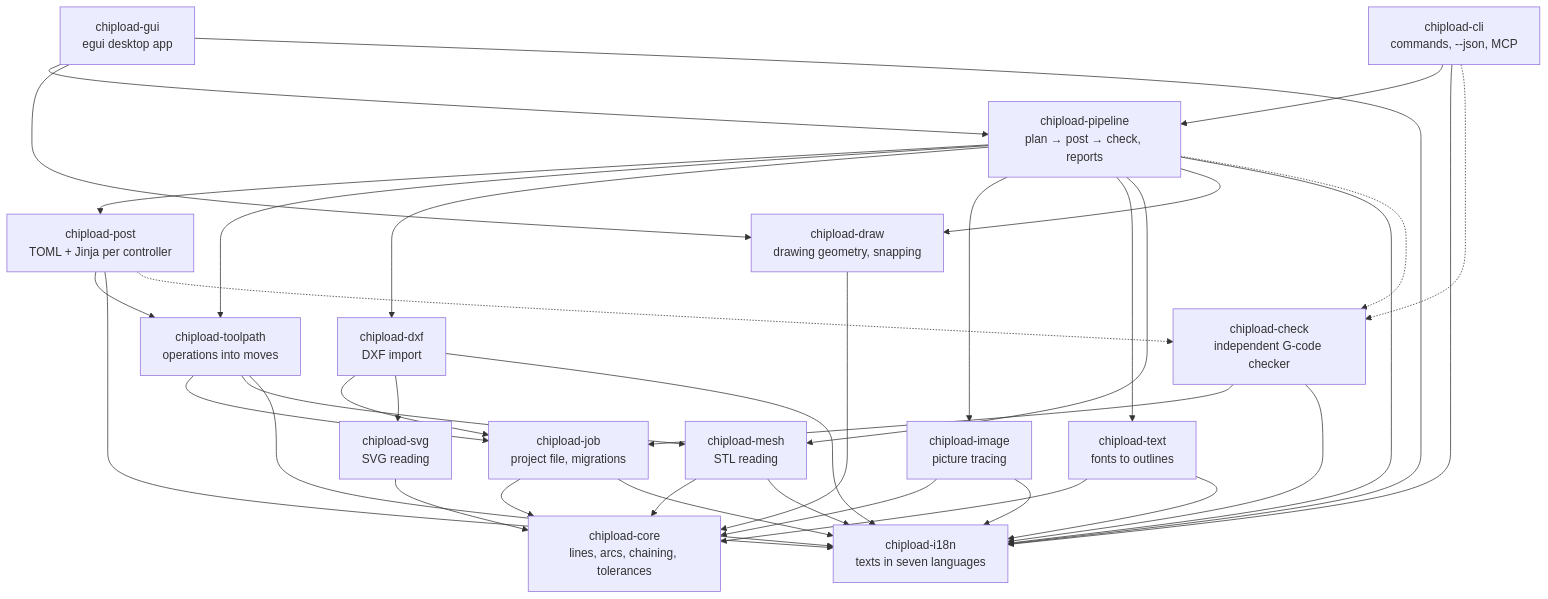
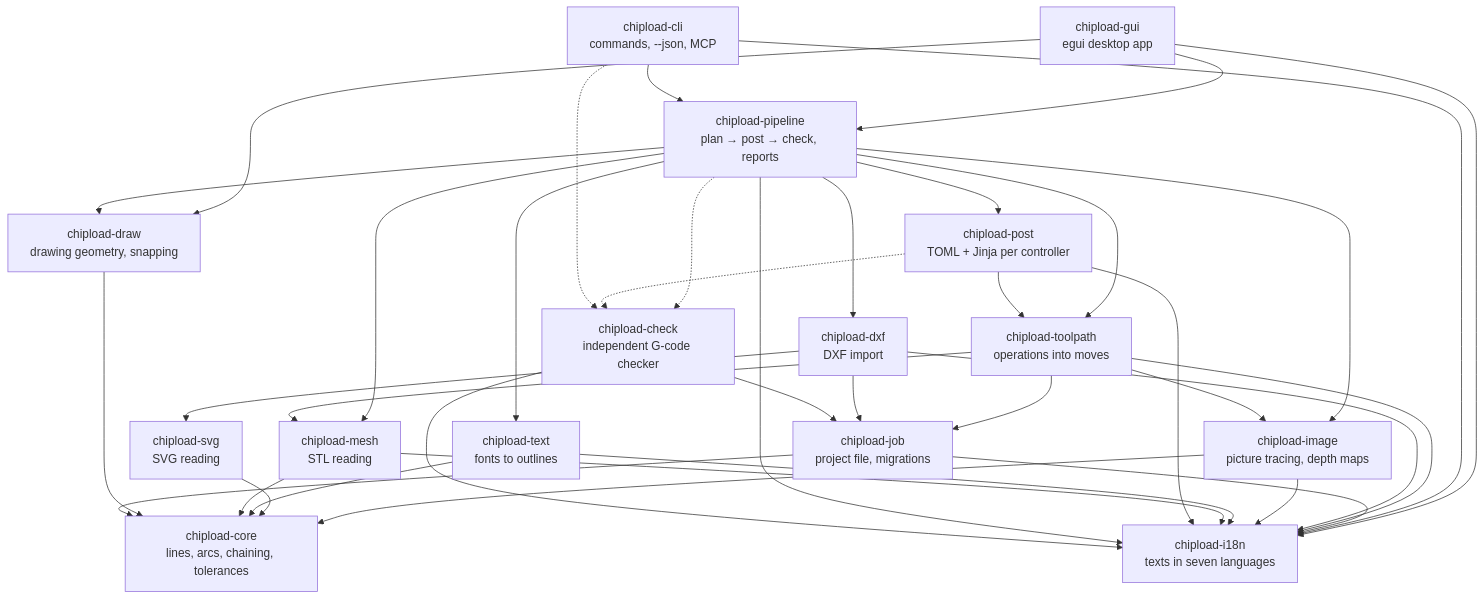
The diagram in docs/architecture.md (chipload/chipload), drawn with Mermaid before and after one commit. The commit also changed other lines of this file and 68 other files, not shown here.

````diff
--- a/docs/architecture.md
+++ b/docs/architecture.md
@@ -15,38 +15,38 @@
 ```mermaid
 flowchart TB
     gui["chipload-gui<br/>egui desktop app"] --> pipeline
     cli["chipload-cli<br/>commands, --json, MCP"] --> pipeline
     pipeline["chipload-pipeline<br/>plan → post → check, reports"] --> post
     pipeline --> toolpath & dxf & image & text & mesh
     post["chipload-post<br/>TOML + Jinja per controller"] --> toolpath
     toolpath["chipload-toolpath<br/>operations into moves"] --> job
-    toolpath --> mesh
+    toolpath --> mesh & image
     dxf["chipload-dxf<br/>DXF import"] --> job
-    image["chipload-image<br/>picture tracing"] --> core
+    image["chipload-image<br/>picture tracing, depth maps"] --> core
     dxf --> svg
     svg["chipload-svg<br/>SVG reading"] --> core
     text["chipload-text<br/>fonts to outlines"] --> core
     mesh["chipload-mesh<br/>STL reading"] --> core
     draw["chipload-draw<br/>drawing geometry, snapping"] --> core
     gui --> draw
     pipeline --> draw
     job["chipload-job<br/>project file, migrations"] --> core
     core["chipload-core<br/>lines, arcs, chaining, tolerances"]
     i18n["chipload-i18n<br/>texts in seven languages"]
     gui --> i18n
     cli --> i18n
     job --> i18n
     toolpath --> i18n
     dxf --> i18n
     image --> i18n
     text --> i18n
     mesh --> i18n
     post --> i18n
     pipeline --> i18n
 
     check["chipload-check<br/>independent G-code checker"] --> job
     check --> i18n
     pipeline -.-> check
     post -.-> check
     cli -.-> check
 ```
````
